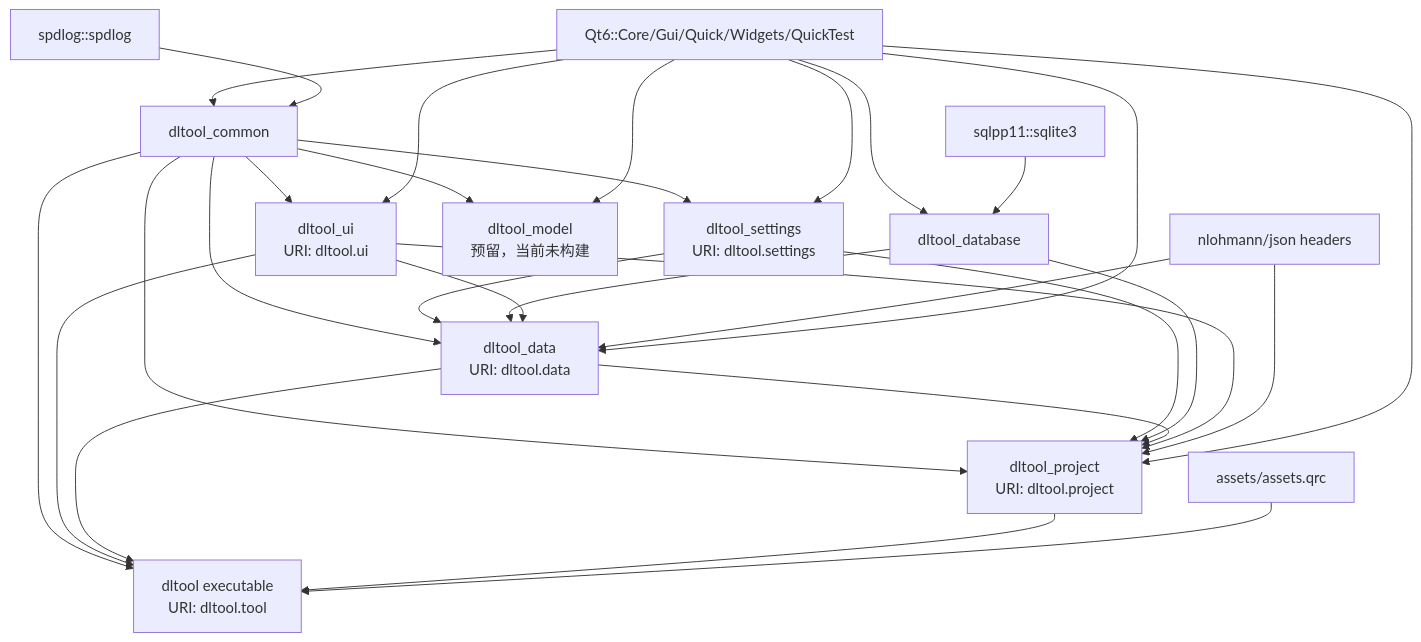
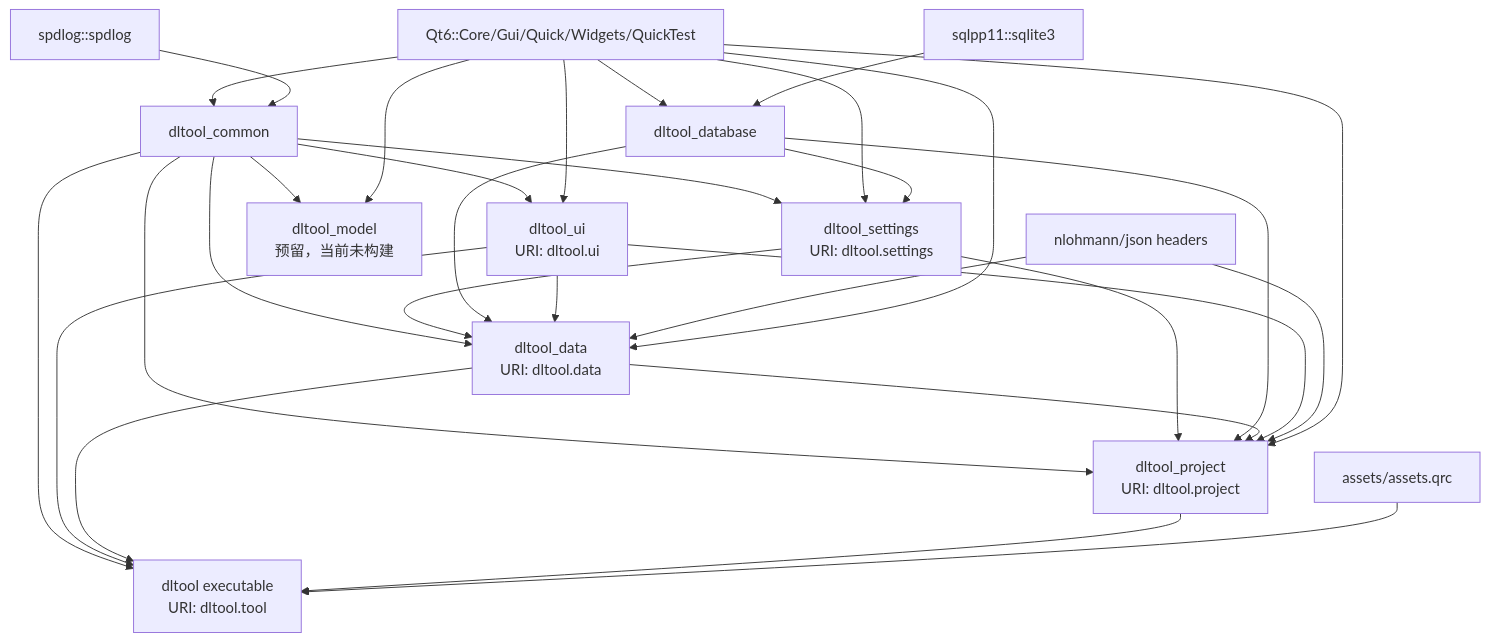
One commit to QWERDF007/DeepLearningTool changed the first of 2 diagrams in docs/ARCHITECTURE.md. Above: the diagram before and after it, drawn with Mermaid. The commit also changed other lines of this file and 20 other files, not shown here.

````diff
--- a/docs/ARCHITECTURE.md
+++ b/docs/ARCHITECTURE.md
@@ -26,53 +26,54 @@
 ```mermaid
 flowchart TB
   qt["Qt6::Core/Gui/Quick/Widgets/QuickTest"]
   spdlog["spdlog::spdlog"]
   sqlpp["sqlpp11::sqlite3"]
   nlohmann["nlohmann/json headers"]
   assets["assets/assets.qrc"]
 
   common["dltool_common"]
   settings["dltool_settings\nURI: dltool.settings"]
   database["dltool_database"]
   ui["dltool_ui\nURI: dltool.ui"]
   data["dltool_data\nURI: dltool.data"]
   project["dltool_project\nURI: dltool.project"]
   tool["dltool executable\nURI: dltool.tool"]
   model["dltool_model\n预留，当前未构建"]
 
   qt --> common
   spdlog --> common
 
   common --> settings
   qt --> settings
+  database --> settings
 
   qt --> database
   sqlpp --> database
 
   common --> ui
   qt --> ui
 
   common --> data
   settings --> data
   database --> data
   ui --> data
   nlohmann --> data
   qt --> data
 
   common --> project
   settings --> project
   database --> project
   data --> project
   ui --> project
   nlohmann --> project
   qt --> project
 
   common --> tool
   ui --> tool
   data --> tool
   project --> tool
   assets --> tool
 
   common --> model
   qt --> model
 ```
````
